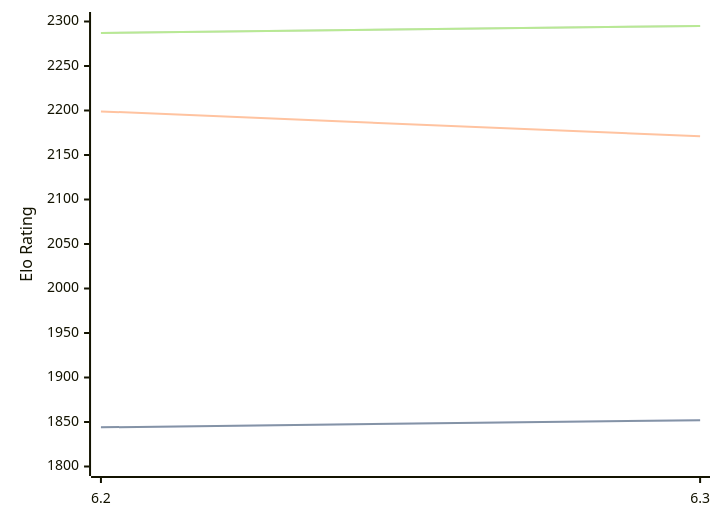
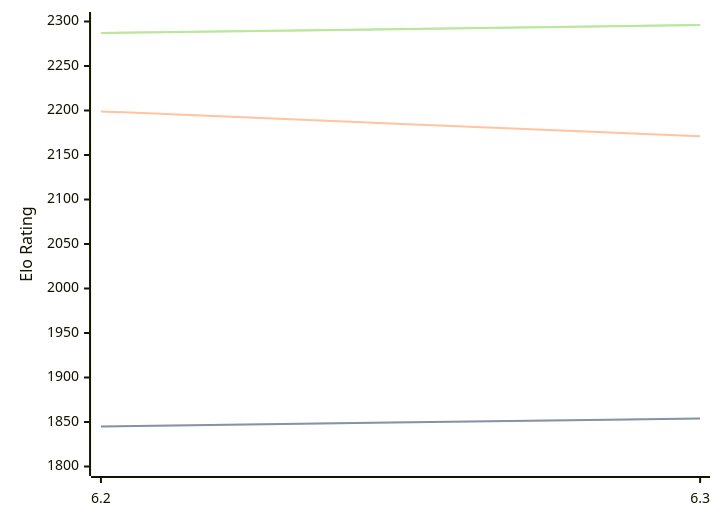
Before and after one commit to computer-chess-index/cci: the diagram in engines/chess4j.md, drawn with Mermaid. The commit also changed other lines of this file, not shown here.

Commit message:
Update CCI Ratings (ELO VLTC) - 2026-08-01

````diff
--- a/engines/chess4j.md
+++ b/engines/chess4j.md
@@ -38,11 +38,11 @@
 ```mermaid
 %%{init: {"theme":"base","themeVariables":{"seriesColors:['#a3a3a3','#222221','#faa371']}}}%%
 xychart-beta
   x-axis ["6.2", "6.3"]
   y-axis "Elo Rating" 1800 --> 2300
-  line "STC (8.0+0.08s)" [1844, 1852]
-  line "STC (8.0+0.08s)" [1844, 1852]
+  line "STC (8.0+0.08s)" [1845, 1854]
+  line "STC (8.0+0.08s)" [1845, 1854]
   line "LTC (60.0+0.60s)" [2199, 2171]
-  line "VLTC (2m24s+1.12s)" [2287, 2295]
-  line "VLTC (2m24s+1.12s)" [2287, 2295]
+  line "VLTC (2m24s+1.12s)" [2287, 2296]
+  line "VLTC (2m24s+1.12s)" [2287, 2296]
 ```
````
